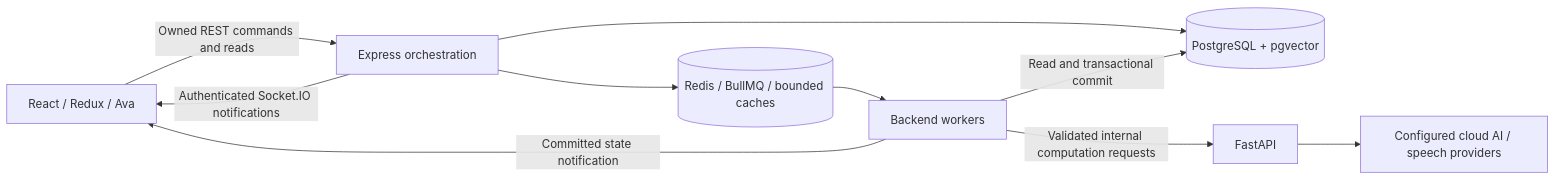
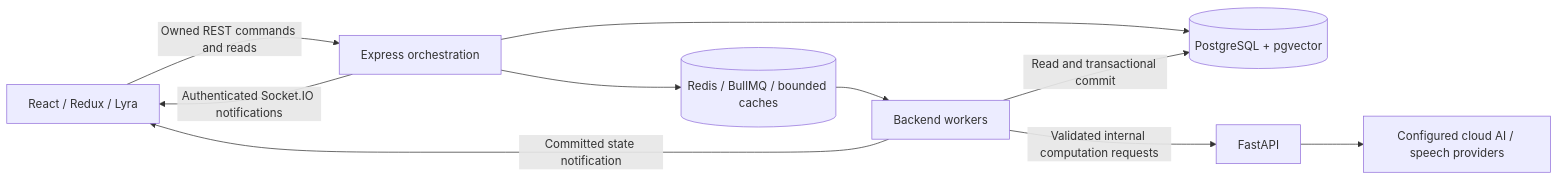
The diagram in docs/target-architecture.md (yasir-mrwt/aptLyra), drawn with Mermaid before and after one commit. The commit also changed other lines of this file and 19 other files, not shown here.

````diff
--- a/docs/target-architecture.md
+++ b/docs/target-architecture.md
@@ -31,12 +31,12 @@
 ```mermaid
 flowchart LR
-    UI[React / Redux / Ava] -->|Owned REST commands and reads| API[Express orchestration]
+    UI[React / Redux / Lyra] -->|Owned REST commands and reads| API[Express orchestration]
     API -->|Authenticated Socket.IO notifications| UI
     API --> PG[(PostgreSQL + pgvector)]
     API --> Redis[(Redis / BullMQ / bounded caches)]
     Redis --> Worker[Backend workers]
     Worker -->|Read and transactional commit| PG
     Worker -->|Validated internal computation requests| AI[FastAPI]
     AI --> Providers[Configured cloud AI / speech providers]
     Worker -->|Committed state notification| UI
 ```
````
